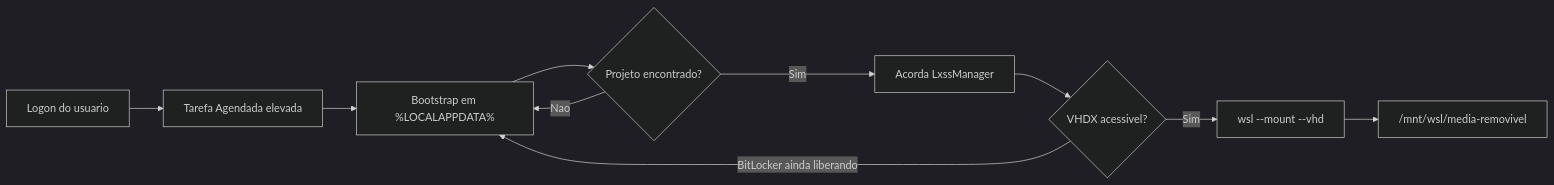
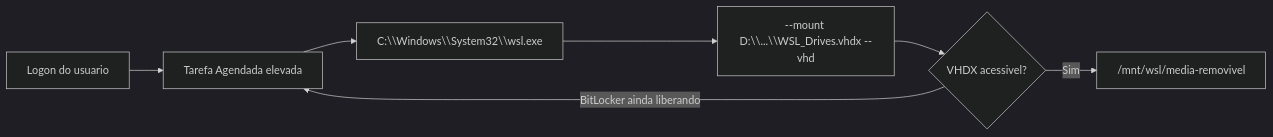
The diagram in README.md (LuizFernandoDeveloper/wsl-vhd-automount), drawn with Mermaid (dark theme) before and after one commit. The commit also changed other lines of this file and 2 other files, not shown here.

First line of the commit message:
feat(startup): install direct wsl mount task

````diff
--- a/README.md
+++ b/README.md
@@ -211,12 +228,9 @@
 ```mermaid
 flowchart LR
     A["Logon do usuario"] --> B["Tarefa Agendada elevada"]
-    B --> C["Bootstrap em %LOCALAPPDATA%"]
-    C --> D{"Projeto encontrado?"}
-    D -->|"Sim"| E["Acorda LxssManager"]
-    D -->|"Nao"| C
-    E --> F{"VHDX acessivel?"}
-    F -->|"BitLocker ainda liberando"| C
-    F -->|"Sim"| G["wsl --mount --vhd"]
-    G --> H["/mnt/wsl/media-removivel"]
+    B --> C["C:\\Windows\\System32\\wsl.exe"]
+    C --> D["--mount D:\\...\\WSL_Drives.vhdx --vhd"]
+    D --> E{"VHDX acessivel?"}
+    E -->|"BitLocker ainda liberando"| B
+    E -->|"Sim"| F["/mnt/wsl/media-removivel"]
 ```
````
